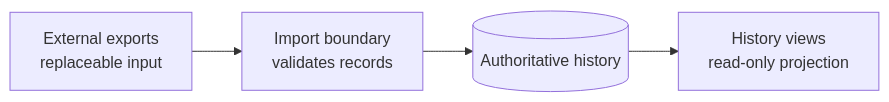
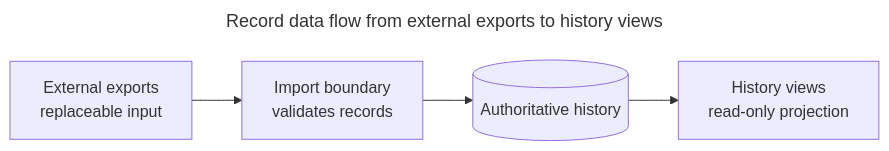
One commit to Leckatall/KovaaksStatisticsViewer changed the second of 4 diagrams in docs/conventions/architecture-description/style/diagrams.md. Above: the diagram before and after it, drawn with Mermaid. The commit also changed other lines of this file and 1 other file, not shown here.

Commit message:
docs: require diagram titles and notation-only keys

````diff
--- a/docs/conventions/architecture-description/style/diagrams.md
+++ b/docs/conventions/architecture-description/style/diagrams.md
@@ -150,8 +168,11 @@
 ```mermaid
+---
+title: Record data flow from external exports to history views
+---
 flowchart LR
-    accTitle: Record Desk history authority
+    accTitle: Record data flow from external exports to history views
     accDescr: Record data moves from replaceable external exports through the import boundary into the authoritative history store and then to history views.
     Exports["External exports<br/>replaceable input"] --> Import["Import boundary<br/>validates records"]
     Import --> History[("Authoritative history")]
     History --> Views["History views<br/>read-only projection"]
 ```
````
